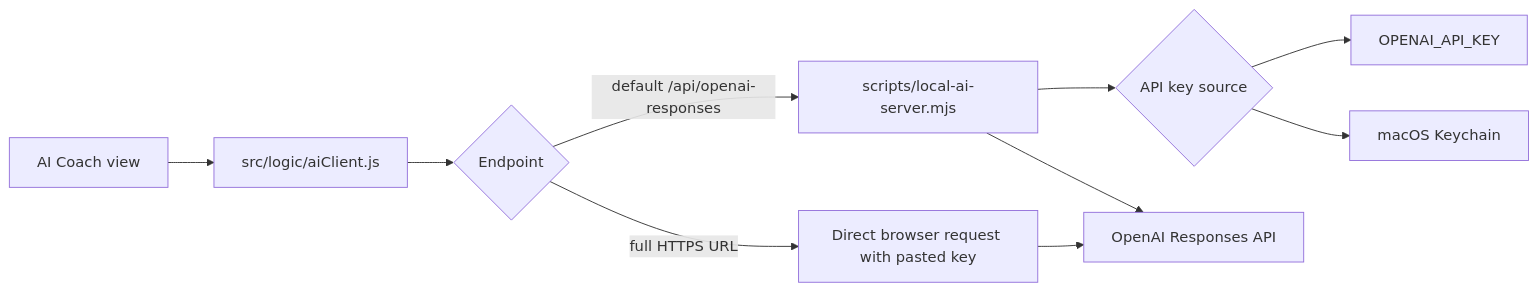
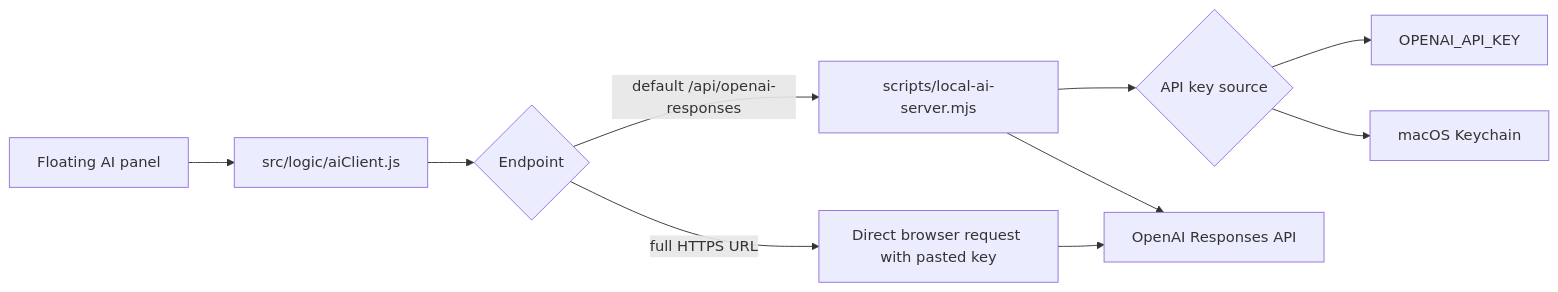
The second of 2 diagrams in project-docs/ARCHITECTURE.md (Tuckerb62/leaderman), drawn with Mermaid before and after one commit. The commit also changed other lines of this file and 26 other files, not shown here.

````diff
--- a/project-docs/ARCHITECTURE.md
+++ b/project-docs/ARCHITECTURE.md
@@ -141,12 +141,12 @@
 ```mermaid
 flowchart LR
-  UI["AI Coach view"] --> Client["src/logic/aiClient.js"]
+  UI["Floating AI panel"] --> Client["src/logic/aiClient.js"]
   Client --> Endpoint{"Endpoint"}
   Endpoint -->|"default /api/openai-responses"| LocalServer["scripts/local-ai-server.mjs"]
   LocalServer --> Key{"API key source"}
   Key --> Env["OPENAI_API_KEY"]
   Key --> Keychain["macOS Keychain"]
   LocalServer --> OpenAI["OpenAI Responses API"]
   Endpoint -->|"full HTTPS URL"| Direct["Direct browser request with pasted key"]
   Direct --> OpenAI
 ```
````
